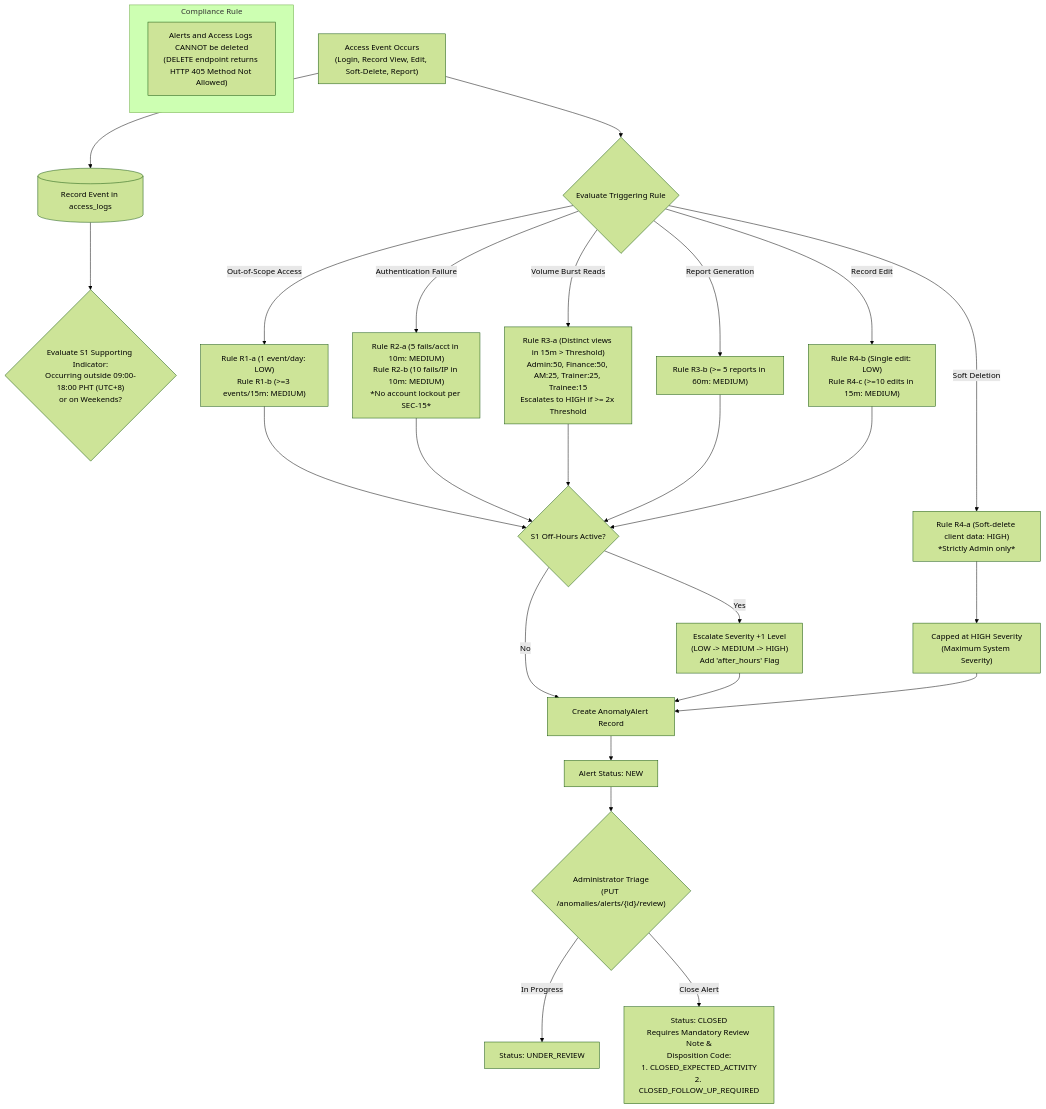
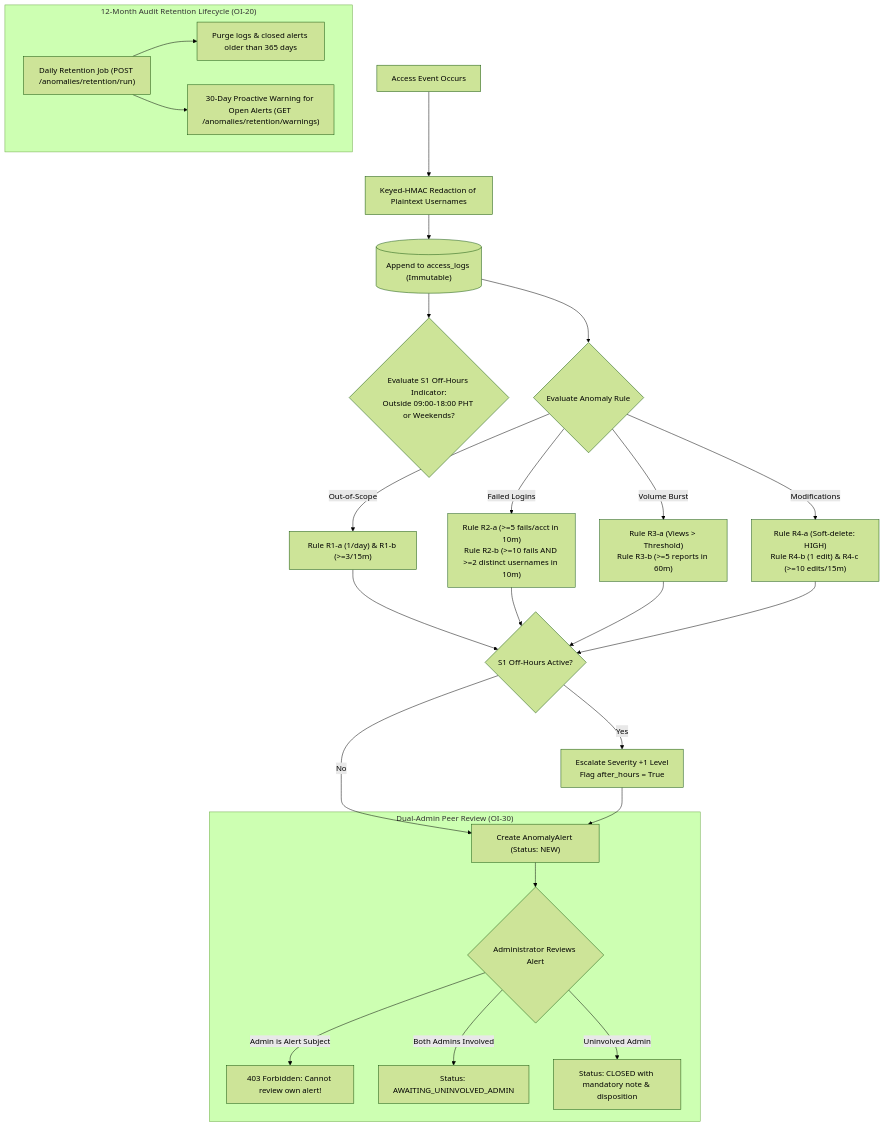
The sixth of 10 diagrams in SYSTEM_ARCHITECTURE.md (UniDra0318/CrossQuest), drawn with Mermaid (forest theme) before and after one commit. The commit also changed other lines of this file, not shown here.

Commit message:
docs: update SYSTEM_ARCHITECTURE.md with Phases 0-6 architectural additions

````diff
--- a/SYSTEM_ARCHITECTURE.md
+++ b/SYSTEM_ARCHITECTURE.md
@@ -235,35 +253,29 @@
 ```mermaid
 flowchart TD
-    Event["Access Event Occurs\n(Login, Record View, Edit, Soft-Delete, Report)"] --> AuditSave[("Record Event in access_logs")]
-    AuditSave --> S1Eval{"Evaluate S1 Supporting Indicator:\nOccurring outside 09:00-18:00 PHT (UTC+8)\nor on Weekends?"}
+    Event["Access Event Occurs"] --> KeyedMask["Keyed-HMAC Redaction of Plaintext Usernames"]
+    KeyedMask --> AuditSave[("Append to access_logs (Immutable)")]
+    AuditSave --> S1Eval{"Evaluate S1 Off-Hours Indicator:\nOutside 09:00-18:00 PHT or Weekends?"}
     
-    Event --> RuleSwitch{"Evaluate Triggering Rule"}
+    AuditSave --> RuleSwitch{"Evaluate Anomaly Rule"}
+    RuleSwitch -->|Out-of-Scope| R1["Rule R1-a (1/day) & R1-b (>=3/15m)"]
+    RuleSwitch -->|Failed Logins| R2["Rule R2-a (>=5 fails/acct in 10m)\nRule R2-b (>=10 fails AND >=2 distinct usernames in 10m)"]
+    RuleSwitch -->|Volume Burst| R3["Rule R3-a (Views > Threshold)\nRule R3-b (>=5 reports in 60m)"]
+    RuleSwitch -->|Modifications| R4["Rule R4-a (Soft-delete: HIGH)\nRule R4-b (1 edit) & R4-c (>=10 edits/15m)"]
     
-    RuleSwitch -->|Out-of-Scope Access| R1["Rule R1-a (1 event/day: LOW)\nRule R1-b (>=3 events/15m: MEDIUM)"]
-    RuleSwitch -->|Authentication Failure| R2["Rule R2-a (5 fails/acct in 10m: MEDIUM)\nRule R2-b (10 fails/IP in 10m: MEDIUM)\n*No account lockout per SEC-15*"]
-    RuleSwitch -->|Volume Burst Reads| R3["Rule R3-a (Distinct views in 15m > Threshold)\nAdmin:50, Finance:50, AM:25, Trainer:25, Trainee:15\nEscalates to HIGH if >= 2x Threshold"]
-    RuleSwitch -->|Report Generation| R3b["Rule R3-b (>= 5 reports in 60m: MEDIUM)"]
-    RuleSwitch -->|Soft Deletion| R4a["Rule R4-a (Soft-delete client data: HIGH)\n*Strictly Admin only*"]
-    RuleSwitch -->|Record Edit| R4bc["Rule R4-b (Single edit: LOW)\nRule R4-c (>=10 edits in 15m: MEDIUM)"]
-    
-    R1 --> MergeS1{"S1 Off-Hours Active?"}
-    R2 --> MergeS1
-    R3 --> MergeS1
-    R3b --> MergeS1
-    R4a --> CapHigh["Capped at HIGH Severity\n(Maximum System Severity)"]
-    R4bc --> MergeS1
-    
-    MergeS1 -->|Yes| Bump["Escalate Severity +1 Level\n(LOW -> MEDIUM -> HIGH)\nAdd 'after_hours' Flag"]
-    MergeS1 -->|No| CreateAlert["Create AnomalyAlert Record"]
-    Bump --> CreateAlert
-    CapHigh --> CreateAlert
-    
-    CreateAlert --> AlertState["Alert Status: NEW"]
-    AlertState --> AdminReview{"Administrator Triage\n(PUT /anomalies/alerts/{id}/review)"}
-    AdminReview -->|In Progress| UnderReview["Status: UNDER_REVIEW"]
-    AdminReview -->|Close Alert| Closed["Status: CLOSED\nRequires Mandatory Review Note &\nDisposition Code:\n1. CLOSED_EXPECTED_ACTIVITY\n2. CLOSED_FOLLOW_UP_REQUIRED"]
-    
-    subgraph Retention["Compliance Rule"]
-        Immutable["Alerts and Access Logs CANNOT be deleted\n(DELETE endpoint returns HTTP 405 Method Not Allowed)"]
+    R1 & R2 & R3 & R4 --> MergeS1{"S1 Off-Hours Active?"}
+    MergeS1 -->|Yes| Escalate["Escalate Severity +1 Level\nFlag after_hours = True"]
+    MergeS1 -->|No| CreateAlert["Create AnomalyAlert (Status: NEW)"]
+    Escalate --> CreateAlert
+
+    subgraph PeerReviewWorkflow["Dual-Admin Peer Review (OI-30)"]
+        CreateAlert --> AdminReview{"Administrator Reviews Alert"}
+        AdminReview -->|Admin is Alert Subject| BlockReview["403 Forbidden: Cannot review own alert!"]
+        AdminReview -->|Both Admins Involved| AwaitingUninvolved["Status: AWAITING_UNINVOLVED_ADMIN"]
+        AdminReview -->|Uninvolved Admin| CloseAlert["Status: CLOSED with mandatory note & disposition"]
+    end
+
+    subgraph RetentionPolicy["12-Month Audit Retention Lifecycle (OI-20)"]
+        CronJob["Daily Retention Job (POST /anomalies/retention/run)"] --> Purge["Purge logs & closed alerts older than 365 days"]
+        CronJob --> Warn["30-Day Proactive Warning for Open Alerts (GET /anomalies/retention/warnings)"]
     end
 ```
````
